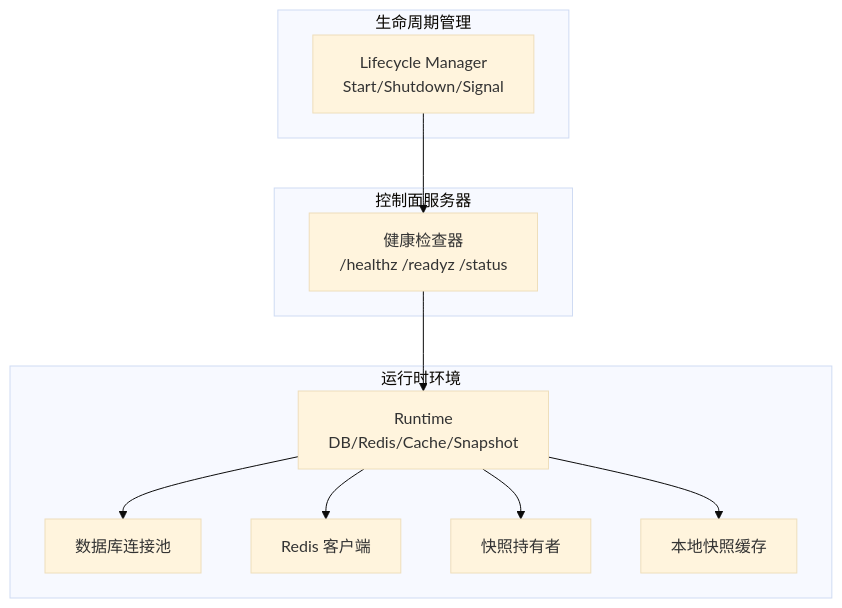
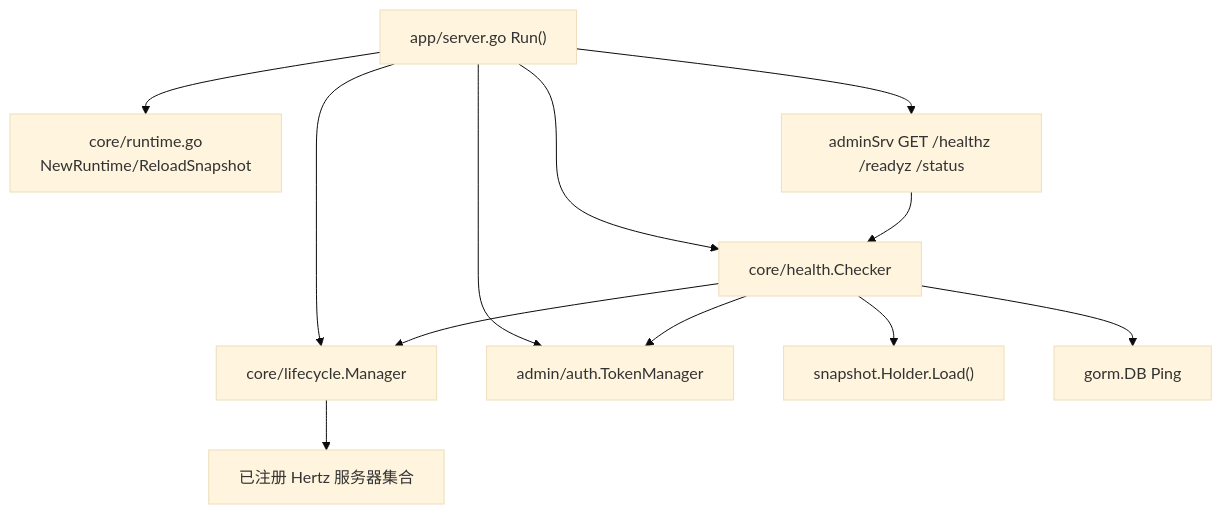
One commit to x01n/My-OpenWaf changed the first of 6 diagrams in docs/监控与可观测性/健康检查机制.md. Above: the diagram before and after it, drawn with Mermaid (base theme). The commit also changed other lines of this file and 622 other files, not shown here.

````diff
--- a/docs/监控与可观测性/健康检查机制.md
+++ b/docs/监控与可观测性/健康检查机制.md
@@ -111,22 +54,14 @@
 ```mermaid
 graph TB
-subgraph "控制面服务器"
-HC["健康检查器<br/>/healthz /readyz /status"]
-end
-subgraph "运行时环境"
-RT["Runtime<br/>DB/Redis/Cache/Snapshot"]
-DB["数据库连接池"]
-RDS["Redis 客户端"]
-SNAP["快照持有者"]
-LCACHE["本地快照缓存"]
-end
-subgraph "生命周期管理"
-LM["Lifecycle Manager<br/>Start/Shutdown/Signal"]
-end
-HC --> RT
-RT --> DB
-RT --> RDS
-RT --> SNAP
-RT --> LCACHE
-LM --> HC
+APP["app/server.go Run()"] --> RT["core/runtime.go<br/>NewRuntime/ReloadSnapshot"]
+APP --> HC["core/health.Checker"]
+APP --> LM["core/lifecycle.Manager"]
+APP --> TM["admin/auth.TokenManager"]
+HC --> SNAP["snapshot.Holder.Load()"]
+HC --> LM
+HC --> TM
+HC --> DB["gorm.DB Ping"]
+LM --> SRV["已注册 Hertz 服务器集合"]
+APP --> ROUTE["adminSrv GET /healthz /readyz /status"]
+ROUTE --> HC
 ```
````
